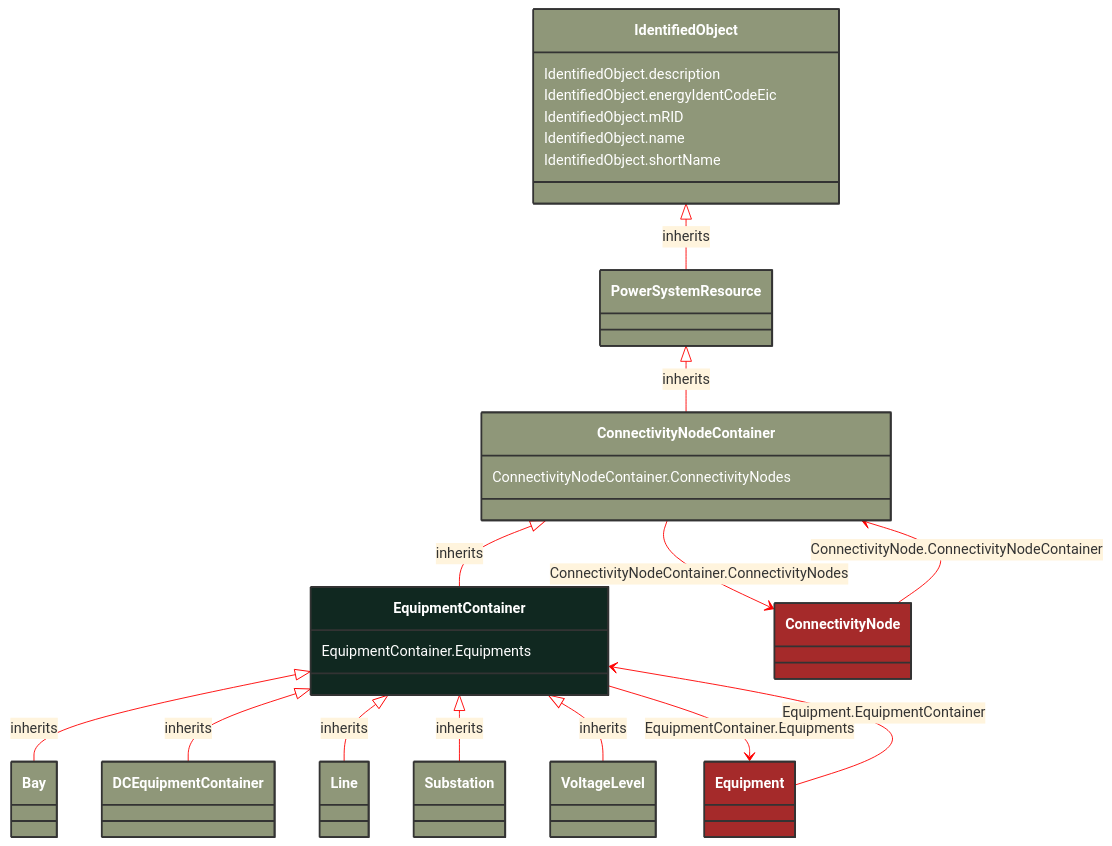
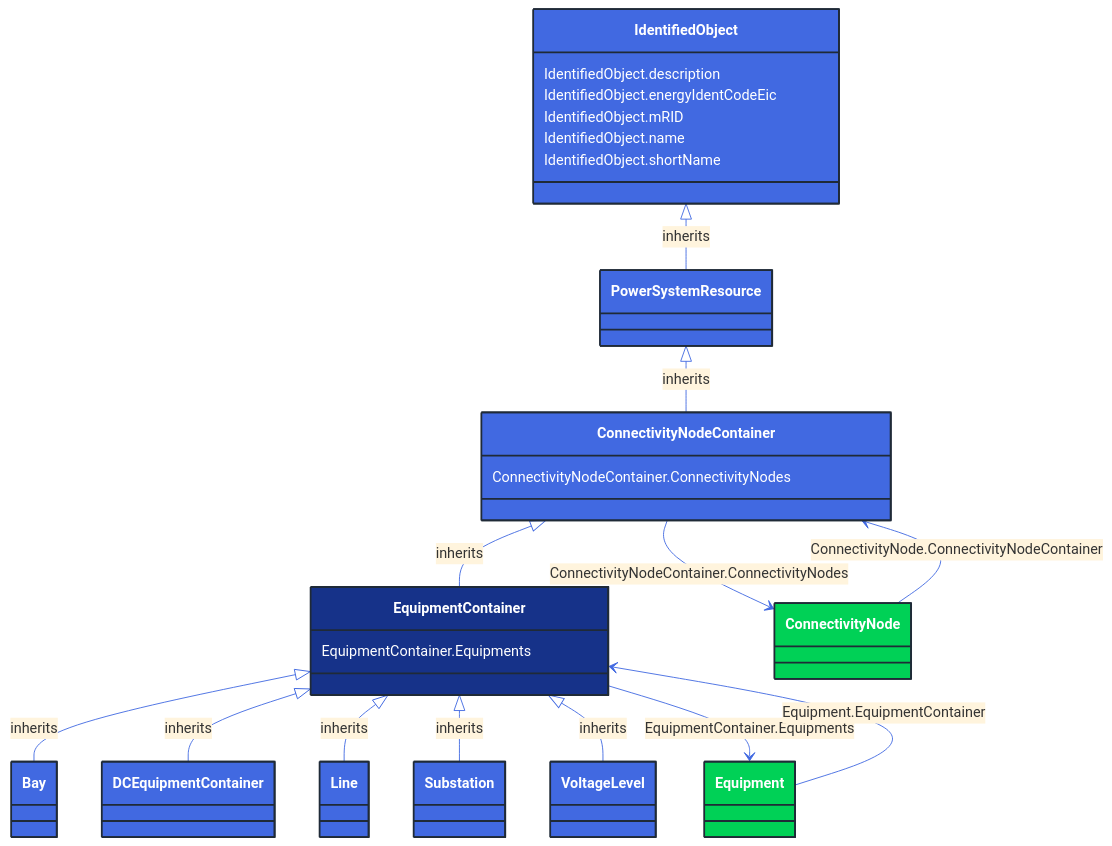
Before and after one commit to 3lbits/NoCIMExtensions: the diagram in docs/Models/Profiles/CoreEquipment/AbstractClasses/EquipmentContainer.md, drawn with Mermaid. The commit also changed 362 other files, not shown here.

First line of the commit message:
Update diagrams and styles for improved visual consistency

````diff
--- a/docs/Models/Profiles/CoreEquipment/AbstractClasses/EquipmentContainer.md
+++ b/docs/Models/Profiles/CoreEquipment/AbstractClasses/EquipmentContainer.md
@@ -10,81 +10,81 @@
 ```mermaid
-%%{init: {'theme':'base','themeVariables': {'lineColor': '#FF0000'}}}%%
+%%{init: {'theme':'base','themeVariables': {'lineColor': '#4169E1'}}}%%
 classDiagram
     class EquipmentContainer
     click EquipmentContainer href "/Models/Profiles/CoreEquipment/AbstractClasses/EquipmentContainer/"
-    style EquipmentContainer fill:#102820,stroke:#333,stroke-width:2px,rx:10,ry:10,color:white
+    style EquipmentContainer fill:#163289,stroke:#1F2A37,stroke-width:2px,rx:10,ry:10,color:white
 
         EquipmentContainer <|-- Bay : inherits
 
         Bay
             click Bay href "/Models/Profiles/CoreEquipment/ConcreteClasses/Bay/"
-            style Bay fill:#8F9779,stroke:#333,stroke-width:2px,rx:10,ry:10,color:white
+            style Bay fill:#4169E1,stroke:#1F2A37,stroke-width:2px,rx:10,ry:10,color:white
 
         EquipmentContainer <|-- DCEquipmentContainer : inherits
 
         DCEquipmentContainer
             click DCEquipmentContainer href "/Models/Profiles/CoreEquipment/AbstractClasses/DCEquipmentContainer/"
-            style DCEquipmentContainer fill:#8F9779,stroke:#333,stroke-width:2px,rx:10,ry:10,color:white
+            style DCEquipmentContainer fill:#4169E1,stroke:#1F2A37,stroke-width:2px,rx:10,ry:10,color:white
 
         EquipmentContainer <|-- Line : inherits
 
         Line
             click Line href "/Models/Profiles/CoreEquipment/ConcreteClasses/Line/"
-            style Line fill:#8F9779,stroke:#333,stroke-width:2px,rx:10,ry:10,color:white
+            style Line fill:#4169E1,stroke:#1F2A37,stroke-width:2px,rx:10,ry:10,color:white
 
         EquipmentContainer <|-- Substation : inherits
 
         Substation
             click Substation href "/Models/Profiles/CoreEquipment/ConcreteClasses/Substation/"
-            style Substation fill:#8F9779,stroke:#333,stroke-width:2px,rx:10,ry:10,color:white
+            style Substation fill:#4169E1,stroke:#1F2A37,stroke-width:2px,rx:10,ry:10,color:white
 
         EquipmentContainer <|-- VoltageLevel : inherits
 
         VoltageLevel
             click VoltageLevel href "/Models/Profiles/CoreEquipment/ConcreteClasses/VoltageLevel/"
-            style VoltageLevel fill:#8F9779,stroke:#333,stroke-width:2px,rx:10,ry:10,color:white
+            style VoltageLevel fill:#4169E1,stroke:#1F2A37,stroke-width:2px,rx:10,ry:10,color:white
      
         ConnectivityNodeContainer <|-- EquipmentContainer : inherits
             click ConnectivityNodeContainer href "/Models/Profiles/CoreEquipment/AbstractClasses/ConnectivityNodeContainer/"
-            style ConnectivityNodeContainer fill:#8F9779,stroke:#333,stroke-width:2px,rx:10,ry:10,color:white
+            style ConnectivityNodeContainer fill:#4169E1,stroke:#1F2A37,stroke-width:2px,rx:10,ry:10,color:white
      
         PowerSystemResource <|-- ConnectivityNodeContainer : inherits
             click PowerSystemResource href "/Models/Profiles/CoreEquipment/AbstractClasses/PowerSystemResource/"
-            style PowerSystemResource fill:#8F9779,stroke:#333,stroke-width:2px,rx:10,ry:10,color:white
+            style PowerSystemResource fill:#4169E1,stroke:#1F2A37,stroke-width:2px,rx:10,ry:10,color:white
      
         IdentifiedObject <|-- PowerSystemResource : inherits
             click IdentifiedObject href "/Models/Profiles/CoreEquipment/AbstractClasses/IdentifiedObject/"
-            style IdentifiedObject fill:#8F9779,stroke:#333,stroke-width:2px,rx:10,ry:10,color:white
+            style IdentifiedObject fill:#4169E1,stroke:#1F2A37,stroke-width:2px,rx:10,ry:10,color:white
 
         EquipmentContainer --> Equipment : EquipmentContainer.Equipments
 
         Equipment
             click Equipment href "/Models/Profiles/CoreEquipment/AbstractClasses/Equipment/"
-            style Equipment fill:#A52A2A,stroke:#333,stroke-width:2px,rx:10,ry:10,color:white
+            style Equipment fill:#00D156,stroke:#1F2A37,stroke-width:2px,rx:10,ry:10,color:white
         ConnectivityNodeContainer --> ConnectivityNode : ConnectivityNodeContainer.ConnectivityNodes
 
         ConnectivityNode
             click ConnectivityNode href "/Models/Profiles/CoreEquipment/AbstractClasses/ConnectivityNode/"
-            style ConnectivityNode fill:#A52A2A,stroke:#333,stroke-width:2px,rx:10,ry:10,color:white
+            style ConnectivityNode fill:#00D156,stroke:#1F2A37,stroke-width:2px,rx:10,ry:10,color:white
 
         ConnectivityNode --> ConnectivityNodeContainer : ConnectivityNode.ConnectivityNodeContainer
 
         ConnectivityNode
             click ConnectivityNode href "/Models/Profiles/CoreEquipment/AbstractClasses/ConnectivityNode/"
-            style ConnectivityNode fill:#A52A2A,stroke:#333,stroke-width:2px,rx:10,ry:10,color:white
+            style ConnectivityNode fill:#00D156,stroke:#1F2A37,stroke-width:2px,rx:10,ry:10,color:white
 
         Equipment --> EquipmentContainer : Equipment.EquipmentContainer
 
         Equipment
             click Equipment href "/Models/Profiles/CoreEquipment/AbstractClasses/Equipment/"
-            style Equipment fill:#A52A2A,stroke:#333,stroke-width:2px,rx:10,ry:10,color:white
+            style Equipment fill:#00D156,stroke:#1F2A37,stroke-width:2px,rx:10,ry:10,color:white
 
 
         EquipmentContainer : EquipmentContainer.Equipments
         ConnectivityNodeContainer : ConnectivityNodeContainer.ConnectivityNodes
         IdentifiedObject : IdentifiedObject.description
         IdentifiedObject : IdentifiedObject.energyIdentCodeEic
         IdentifiedObject : IdentifiedObject.mRID
         IdentifiedObject : IdentifiedObject.name
         IdentifiedObject : IdentifiedObject.shortName
 ```
````
